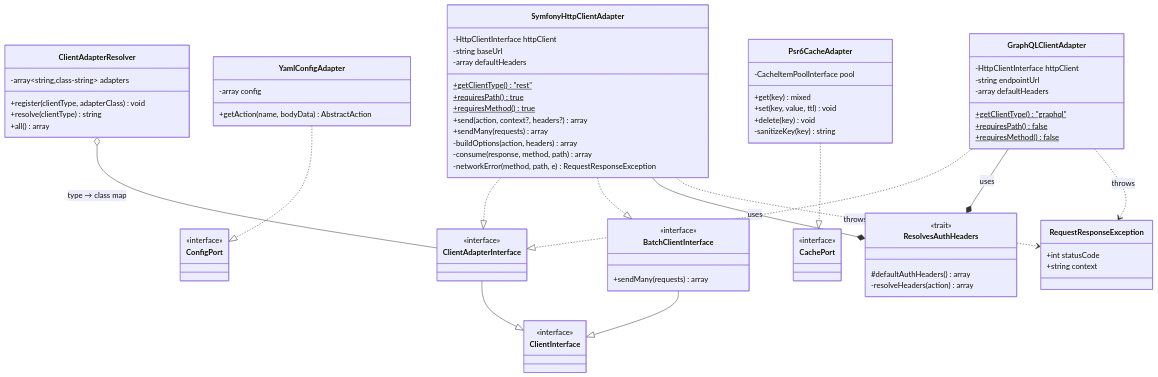
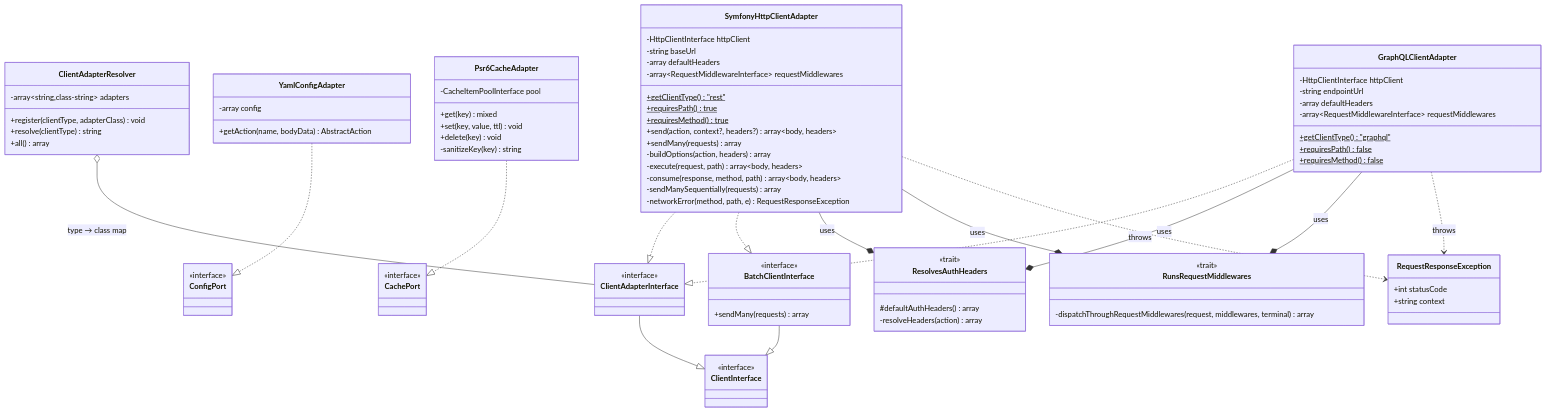
Before and after one commit to CarlosGude/integrationEngine: the third of 7 diagrams in docs/class-graph.md, drawn with Mermaid. The commit also changed other lines of this file and 12 other files, not shown here.

First line of the commit message:
docs: expand authorization, caching, and request middleware documentation

```diff
--- a/docs/class-graph.md
+++ b/docs/class-graph.md
@@ -268,13 +303,16 @@
         -HttpClientInterface httpClient
         -string baseUrl
         -array defaultHeaders
+        -array~RequestMiddlewareInterface~ requestMiddlewares
         +getClientType()$ "rest"
         +requiresPath()$ true
         +requiresMethod()$ true
-        +send(action, context?, headers?) array
+        +send(action, context?, headers?) array~body, headers~
         +sendMany(requests) array
         -buildOptions(action, headers) array
-        -consume(response, method, path) array
+        -execute(request, path) array~body, headers~
+        -consume(response, method, path) array~body, headers~
+        -sendManySequentially(requests) array
         -networkError(method, path, e) RequestResponseException
     }
 
@@ -282,6 +320,7 @@
         -HttpClientInterface httpClient
         -string endpointUrl
         -array defaultHeaders
+        -array~RequestMiddlewareInterface~ requestMiddlewares
         +getClientType()$ "graphql"
         +requiresPath()$ false
         +requiresMethod()$ false
@@ -291,6 +330,11 @@
         <<trait>>
         #defaultAuthHeaders() array
         -resolveHeaders(action) array
+    }
+
+    class RunsRequestMiddlewares {
+        <<trait>>
+        -dispatchThroughRequestMiddlewares(request, middlewares, terminal) array
     }
 
     class ClientAdapterResolver {
@@ -325,6 +369,8 @@
     BatchClientInterface --|> ClientInterface
     SymfonyHttpClientAdapter --* ResolvesAuthHeaders : uses
     GraphQLClientAdapter --* ResolvesAuthHeaders : uses
+    SymfonyHttpClientAdapter --* RunsRequestMiddlewares : uses
+    GraphQLClientAdapter --* RunsRequestMiddlewares : uses
     SymfonyHttpClientAdapter ..> RequestResponseException : throws
     GraphQLClientAdapter ..> RequestResponseException : throws
     ClientAdapterResolver o-- ClientAdapterInterface : type → class map
```
